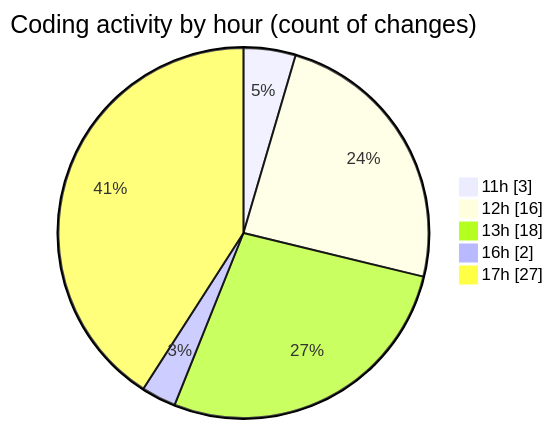
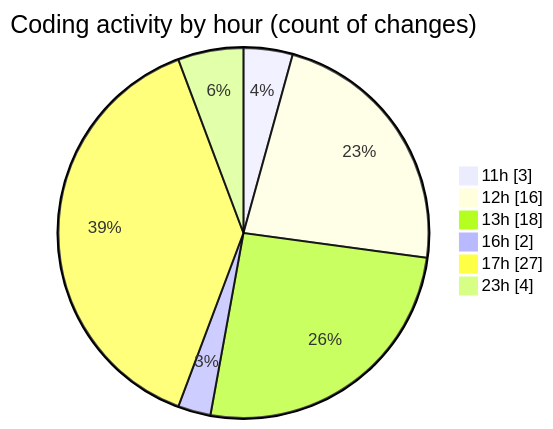
The second of 2 diagrams in 2025-06-03/nxtqube_webapp/README.md (nxtqubesakshisongat/code-tracking), drawn with Mermaid before and after one commit. The commit also changed other lines of this file and 1 other file, not shown here.

````diff
--- a/2025-06-03/nxtqube_webapp/README.md
+++ b/2025-06-03/nxtqube_webapp/README.md
@@ -30,9 +30,10 @@
 ```mermaid
 pie showData
 title Coding activity by hour (count of changes)
 "11h" : 3
 "12h" : 16
 "13h" : 18
 "16h" : 2
 "17h" : 27
+"23h" : 4
 ```
````
